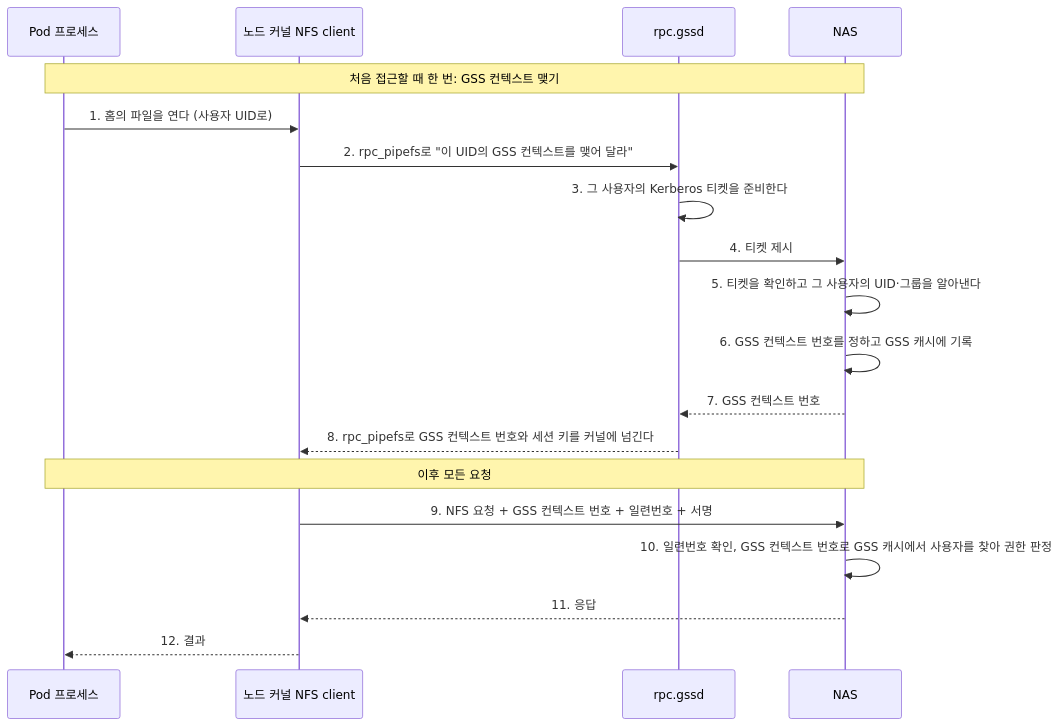
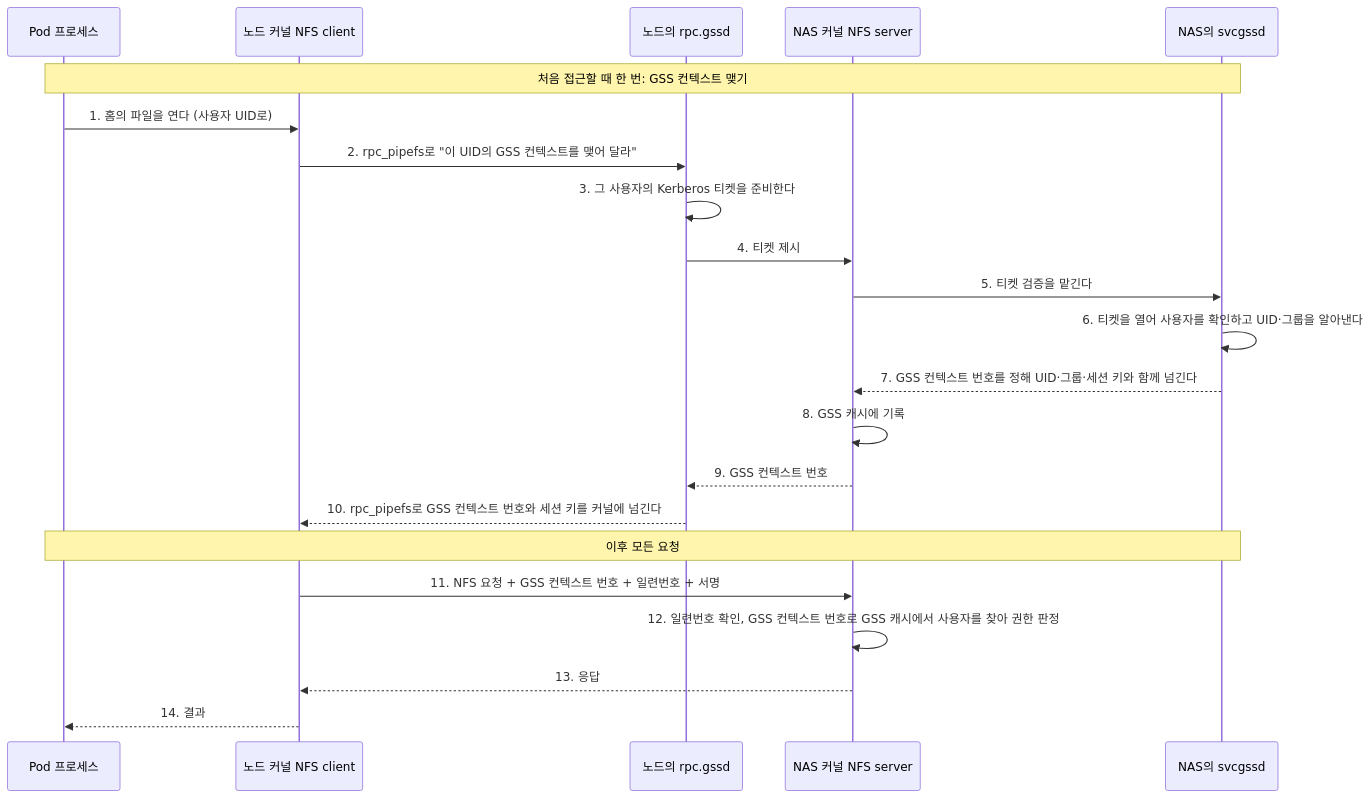
One commit to CSID-DGU/admin_wiki changed the third of 3 diagrams in md/infra/design/NFS-RPC-GSS.md. Above: the diagram before and after it, drawn with Mermaid. The commit also changed other lines of this file and 1 other file, not shown here.

Commit message:
docs: sequence window 그림 추가

````diff
--- a/md/infra/design/NFS-RPC-GSS.md
+++ b/md/infra/design/NFS-RPC-GSS.md
@@ -150,23 +150,26 @@
 ```mermaid
 sequenceDiagram
     participant P as Pod 프로세스
     participant K as 노드 커널 NFS client
-    participant G as rpc.gssd
-    participant NAS as NAS
+    participant G as 노드의 rpc.gssd
+    participant NK as NAS 커널 NFS server
+    participant S as NAS의 svcgssd
 
-    Note over P,NAS: 처음 접근할 때 한 번: GSS 컨텍스트 맺기
+    Note over P,S: 처음 접근할 때 한 번: GSS 컨텍스트 맺기
     P->>K: 1. 홈의 파일을 연다 (사용자 UID로)
     K->>G: 2. rpc_pipefs로 "이 UID의 GSS 컨텍스트를 맺어 달라"
     G->>G: 3. 그 사용자의 Kerberos 티켓을 준비한다
-    G->>NAS: 4. 티켓 제시
-    NAS->>NAS: 5. 티켓을 확인하고 그 사용자의 UID·그룹을 알아낸다
-    NAS->>NAS: 6. GSS 컨텍스트 번호를 정하고 GSS 캐시에 기록
-    NAS-->>G: 7. GSS 컨텍스트 번호
-    G-->>K: 8. rpc_pipefs로 GSS 컨텍스트 번호와 세션 키를 커널에 넘긴다
+    G->>NK: 4. 티켓 제시
+    NK->>S: 5. 티켓 검증을 맡긴다
+    S->>S: 6. 티켓을 열어 사용자를 확인하고 UID·그룹을 알아낸다
+    S-->>NK: 7. GSS 컨텍스트 번호를 정해 UID·그룹·세션 키와 함께 넘긴다
+    NK->>NK: 8. GSS 캐시에 기록
+    NK-->>G: 9. GSS 컨텍스트 번호
+    G-->>K: 10. rpc_pipefs로 GSS 컨텍스트 번호와 세션 키를 커널에 넘긴다
 
-    Note over P,NAS: 이후 모든 요청
-    K->>NAS: 9. NFS 요청 + GSS 컨텍스트 번호 + 일련번호 + 서명
-    NAS->>NAS: 10. 일련번호 확인, GSS 컨텍스트 번호로 GSS 캐시에서 사용자를 찾아 권한 판정
-    NAS-->>K: 11. 응답
-    K-->>P: 12. 결과
+    Note over P,S: 이후 모든 요청
+    K->>NK: 11. NFS 요청 + GSS 컨텍스트 번호 + 일련번호 + 서명
+    NK->>NK: 12. 일련번호 확인, GSS 컨텍스트 번호로 GSS 캐시에서 사용자를 찾아 권한 판정
+    NK-->>K: 13. 응답
+    K-->>P: 14. 결과
 ```
````
